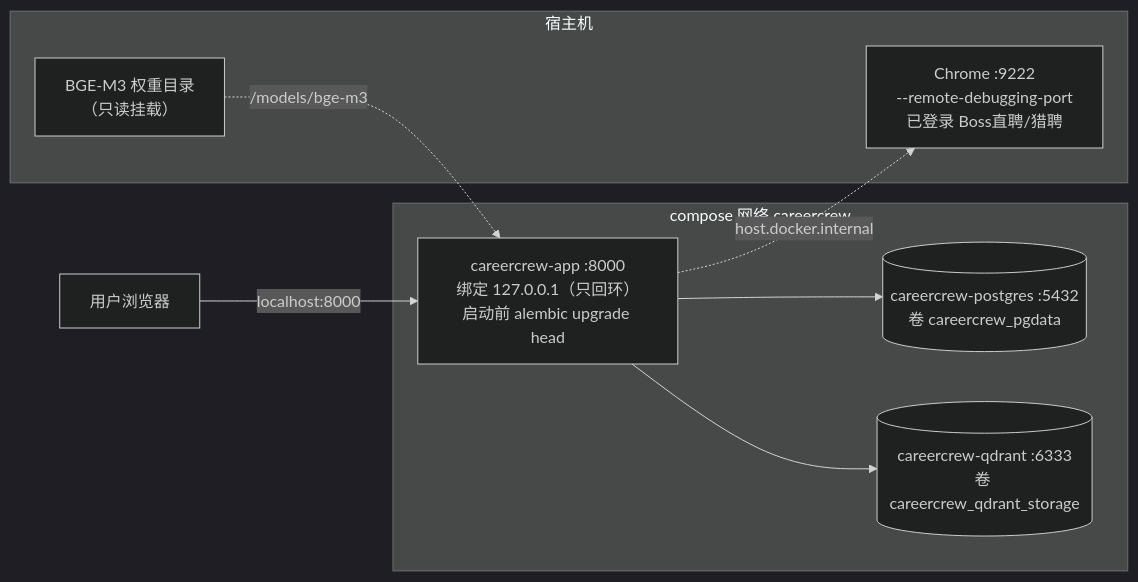
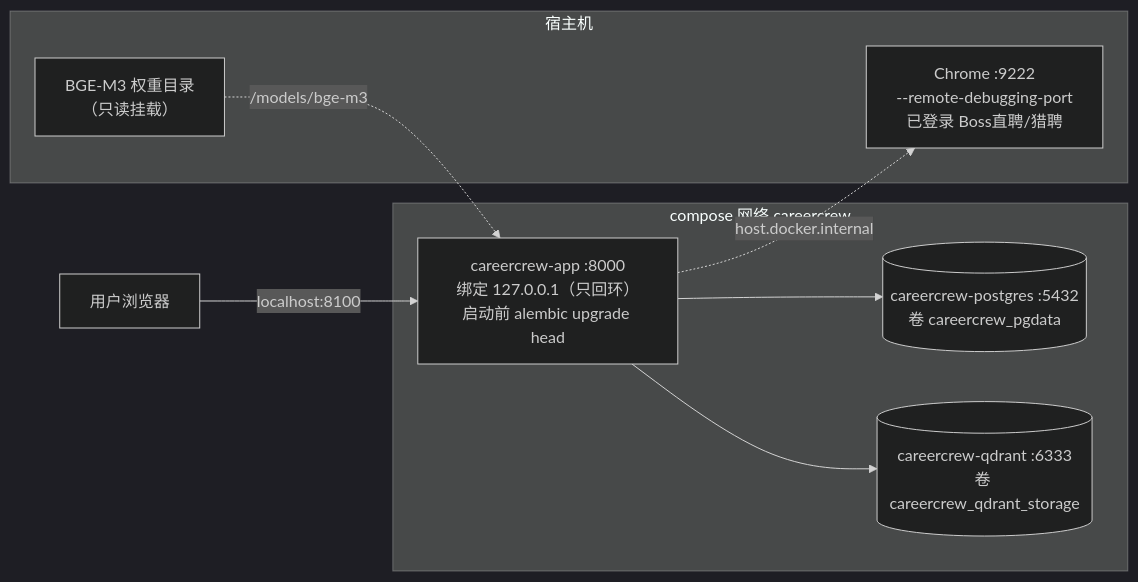
Before and after one commit to lyf0se/CareerCrew: diagram 14 of 14 in docs/架构与规划/架构全景.md, drawn with Mermaid (dark theme). The commit also changed other lines of this file and 18 other files, not shown here.

````diff
--- a/docs/架构与规划/架构全景.md
+++ b/docs/架构与规划/架构全景.md
@@ -699,16 +699,16 @@
 ```mermaid
 flowchart LR
     subgraph host["宿主机"]
         chrome["Chrome :9222<br/>--remote-debugging-port<br/>已登录 Boss直聘/猎聘"]
         model["BGE-M3 权重目录<br/>（只读挂载）"]
     end
     subgraph compose["compose 网络 careercrew"]
         app["careercrew-app :8000<br/>绑定 127.0.0.1（只回环）<br/>启动前 alembic upgrade head"]
         pg[("careercrew-postgres :5432<br/>卷 careercrew_pgdata")]
         qd[("careercrew-qdrant :6333<br/>卷 careercrew_qdrant_storage")]
     end
     app --> pg & qd
     app -.->|"host.docker.internal"| chrome
     model -.->|"/models/bge-m3"| app
-    user["用户浏览器"] -->|"localhost:8000"| app
+    user["用户浏览器"] -->|"localhost:8100"| app
 ```
````
